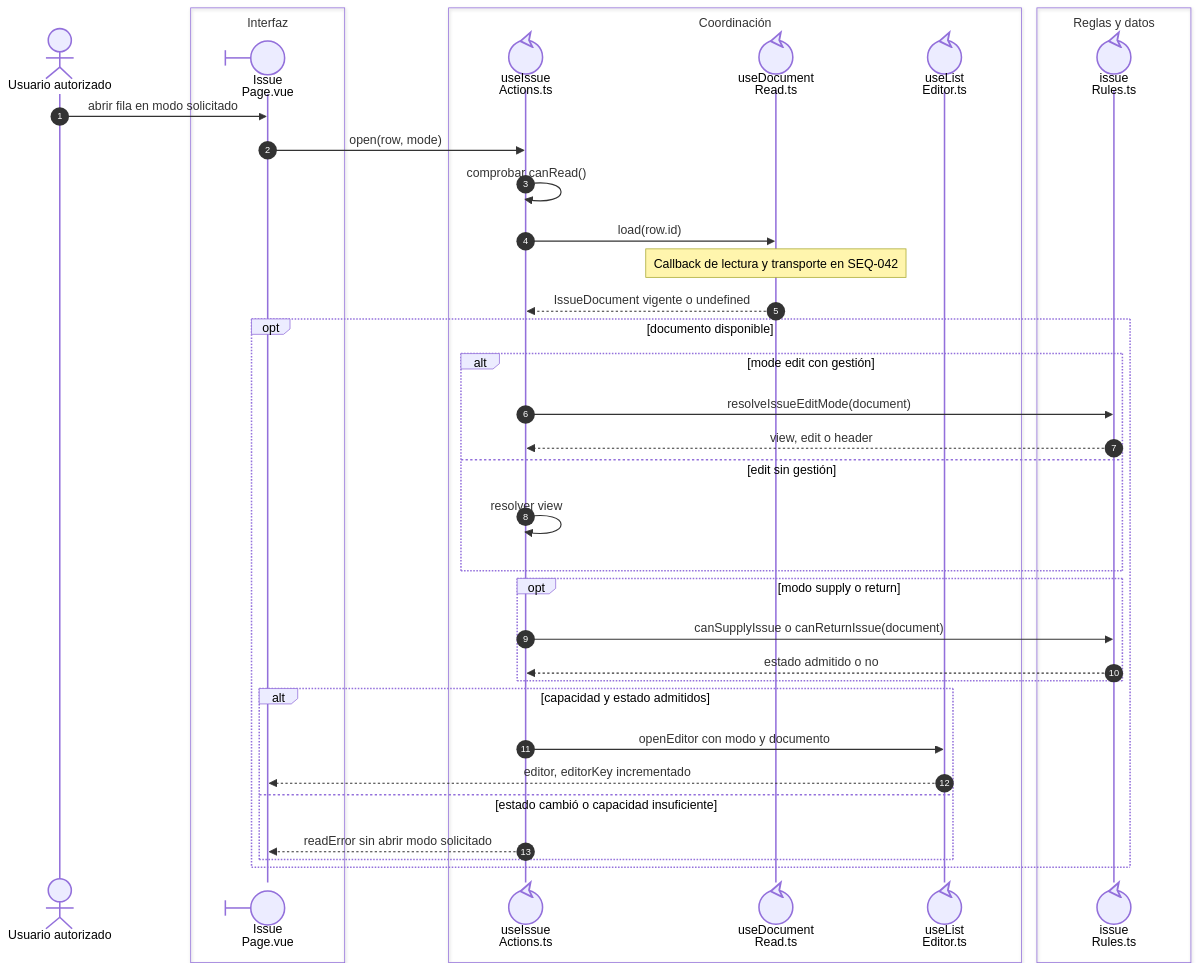
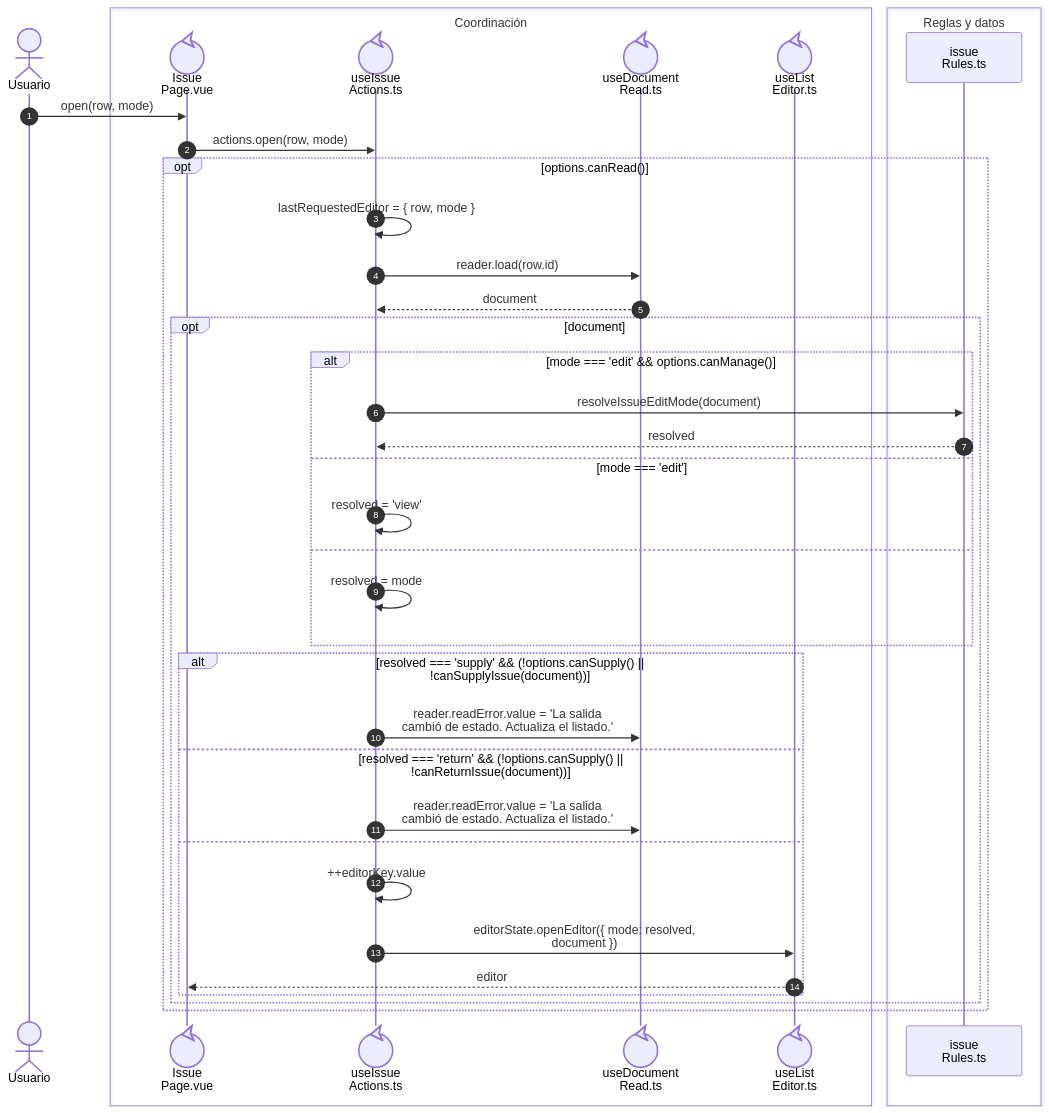
One commit to gpgsistemas01/nexus changed the first of 2 diagrams in front/docs/architecture/views/processes/07-issues/01-issue-open-save.md. Above: the diagram before and after it, drawn with Mermaid. The commit also changed other lines of this file and 43 other files, not shown here.

````diff
--- a/front/docs/architecture/views/processes/07-issues/01-issue-open-save.md
+++ b/front/docs/architecture/views/processes/07-issues/01-issue-open-save.md
@@ -13,40 +9,40 @@
 ```mermaid
 sequenceDiagram
     autonumber
-    actor U as Usuario autorizado
-    box Interfaz
-    participant Page@{ "type": "boundary" } as Issue<br/>Page.vue
-    end
+    actor U as Usuario
     box Coordinación
+    participant Page@{ "type": "control" } as Issue<br/>Page.vue
     participant Actions@{ "type": "control" } as useIssue<br/>Actions.ts
     participant Reader@{ "type": "control" } as useDocument<br/>Read.ts
     participant State@{ "type": "control" } as useList<br/>Editor.ts
     end
     box Reglas y datos
-    participant Rules@{ "type": "control" } as issue<br/>Rules.ts
+    participant Rules as issue<br/>Rules.ts
     end
-    U->>Page: abrir fila en modo solicitado
-    Page->>Actions: open(row, mode)
-    Actions->>Actions: comprobar canRead()
-    Actions->>Reader: load(row.id)
-    Note over Reader: Callback de lectura y transporte en SEQ-042
-    Reader-->>Actions: IssueDocument vigente o undefined
-    opt documento disponible
-        alt mode edit con gestión
-            Actions->>Rules: resolveIssueEditMode(document)
-            Rules-->>Actions: view, edit o header
-        else edit sin gestión
-            Actions->>Actions: resolver view
-        end
-        opt modo supply o return
-            Actions->>Rules: canSupplyIssue o canReturnIssue(document)
-            Rules-->>Actions: estado admitido o no
-        end
-        alt capacidad y estado admitidos
-            Actions->>State: openEditor con modo y documento
-            State-->>Page: editor, editorKey incrementado
-        else estado cambió o capacidad insuficiente
-            Actions-->>Page: readError sin abrir modo solicitado
+    U->>Page: nowrap: open(row, mode)
+    Page->>Actions: nowrap: actions.open(row, mode)
+    opt nowrap: options.canRead()
+        Actions->>Actions: nowrap: lastRequestedEditor = { row, mode }
+        Actions->>Reader: nowrap: reader.load(row.id)
+        Reader-->>Actions: nowrap: document
+        opt nowrap: document
+            alt nowrap: mode === 'edit' && options.canManage()
+                Actions->>Rules: nowrap: resolveIssueEditMode(document)
+                Rules-->>Actions: nowrap: resolved
+            else nowrap: mode === 'edit'
+                Actions->>Actions: nowrap: resolved = 'view'
+            else
+                Actions->>Actions: nowrap: resolved = mode
+            end
+            alt nowrap: resolved === 'supply' && (!options.canSupply() ||<br/>!canSupplyIssue(document))
+                Actions->>Reader: nowrap: reader.readError.value = 'La salida<br/>cambió de estado. Actualiza el listado.'
+            else nowrap: resolved === 'return' && (!options.canSupply() ||<br/>!canReturnIssue(document))
+                Actions->>Reader: nowrap: reader.readError.value = 'La salida<br/>cambió de estado. Actualiza el listado.'
+            else
+                Actions->>Actions: nowrap: ++editorKey.value
+                Actions->>State: nowrap: editorState.openEditor({ mode: resolved,<br/>document })
+                State-->>Page: nowrap: editor
+            end
         end
     end
 ```
````
